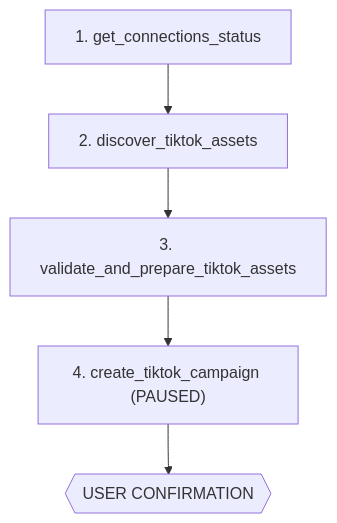
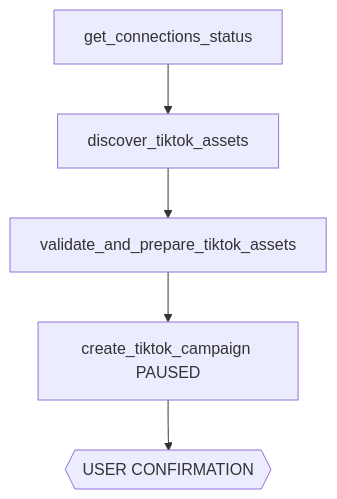
One commit to Adspirer/docs changed the sixth of 8 diagrams in agent-skills/workflows.mdx. Above: the diagram before and after it, drawn with Mermaid. The commit also changed other lines of this file and 1 other file, not shown here.

First line of the commit message:
Fix Mermaid rendering: remove quotes, numbered prefixes, and special chars from node labels

````diff
--- a/agent-skills/workflows.mdx
+++ b/agent-skills/workflows.mdx
@@ -229,7 +229,7 @@
 ```mermaid
 flowchart TD
-    A["1. get_connections_status"] --> B["2. discover_tiktok_assets"]
-    B --> C["3. validate_and_prepare_tiktok_assets"]
-    C --> D["4. create_tiktok_campaign (PAUSED)"]
-    D --> E{{"USER CONFIRMATION"}}
+    A[get_connections_status] --> B[discover_tiktok_assets]
+    B --> C[validate_and_prepare_tiktok_assets]
+    C --> D[create_tiktok_campaign PAUSED]
+    D --> E{{USER CONFIRMATION}}
 ```
````
